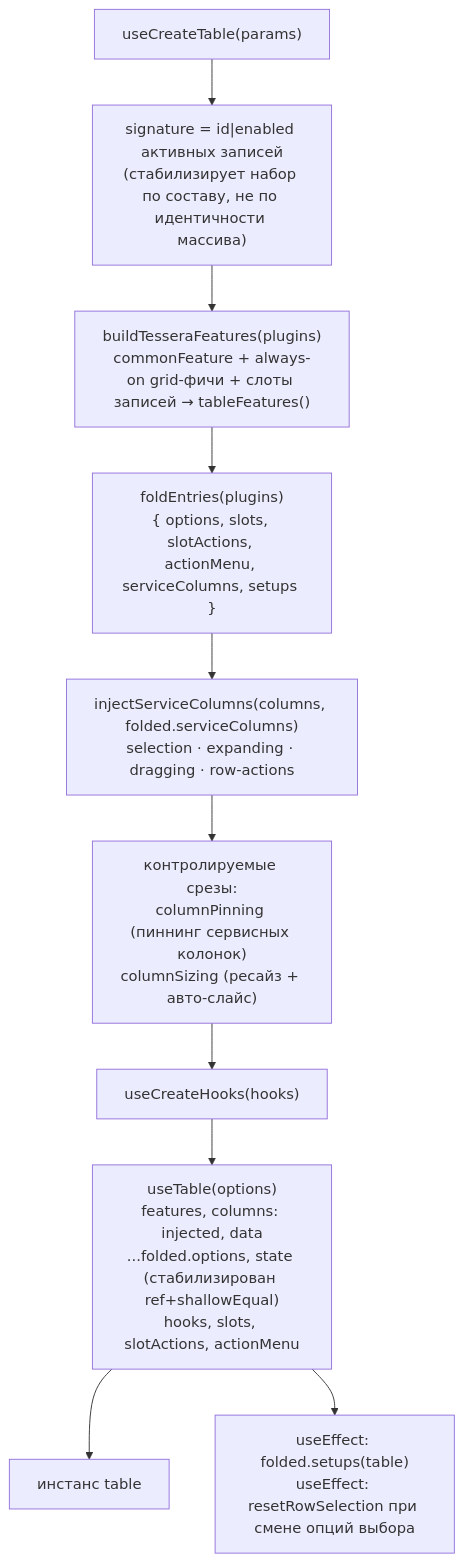
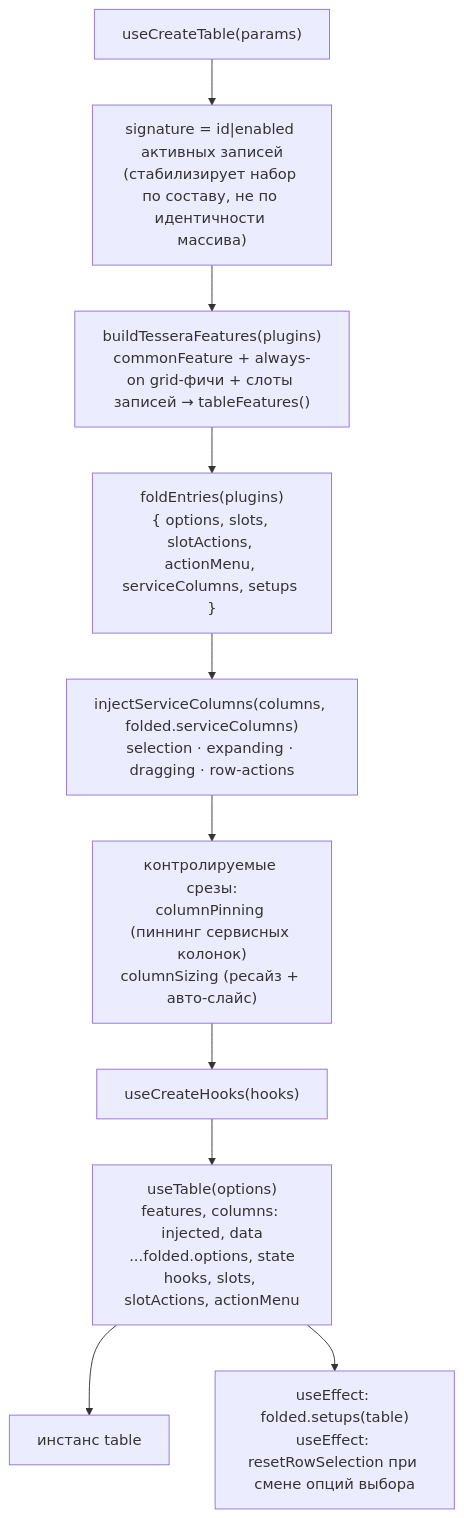
Before and after one commit to tessera-grid/tessera: the first of 2 diagrams in docs/architecture/table-assembly.md, drawn with Mermaid. The commit also changed other lines of this file and 6 other files, not shown here.

````diff
--- a/docs/architecture/table-assembly.md
+++ b/docs/architecture/table-assembly.md
@@ -27,18 +27,18 @@
 ```mermaid
 flowchart TB
     IN["useCreateTable(params)"]
 
     SIG["signature = id|enabled активных записей<br/>(стабилизирует набор по составу, не по идентичности массива)"]
     FEAT["buildTesseraFeatures(plugins)<br/>commonFeature + always-on grid-фичи + слоты записей → tableFeatures()"]
     FOLD["foldEntries(plugins)<br/>{ options, slots, slotActions, actionMenu, serviceColumns, setups }"]
     COLS["injectServiceColumns(columns, folded.serviceColumns)<br/>selection · expanding · dragging · row-actions"]
     CTRL["контролируемые срезы:<br/>columnPinning (пиннинг сервисных колонок)<br/>columnSizing (ресайз + авто-слайс)"]
     HK["useCreateHooks(hooks)"]
 
-    RT["useTable(options)<br/>features, columns: injected, data<br/>...folded.options, state (стабилизирован ref+shallowEqual)<br/>hooks, slots, slotActions, actionMenu"]
+    RT["useTable(options)<br/>features, columns: injected, data<br/>...folded.options, state<br/>hooks, slots, slotActions, actionMenu"]
 
     OUT["инстанс table"]
 
     IN --> SIG --> FEAT --> FOLD --> COLS --> CTRL --> HK --> RT --> OUT
     RT --> EFF["useEffect: folded.setups(table)<br/>useEffect: resetRowSelection при смене опций выбора"]
 ```
````
